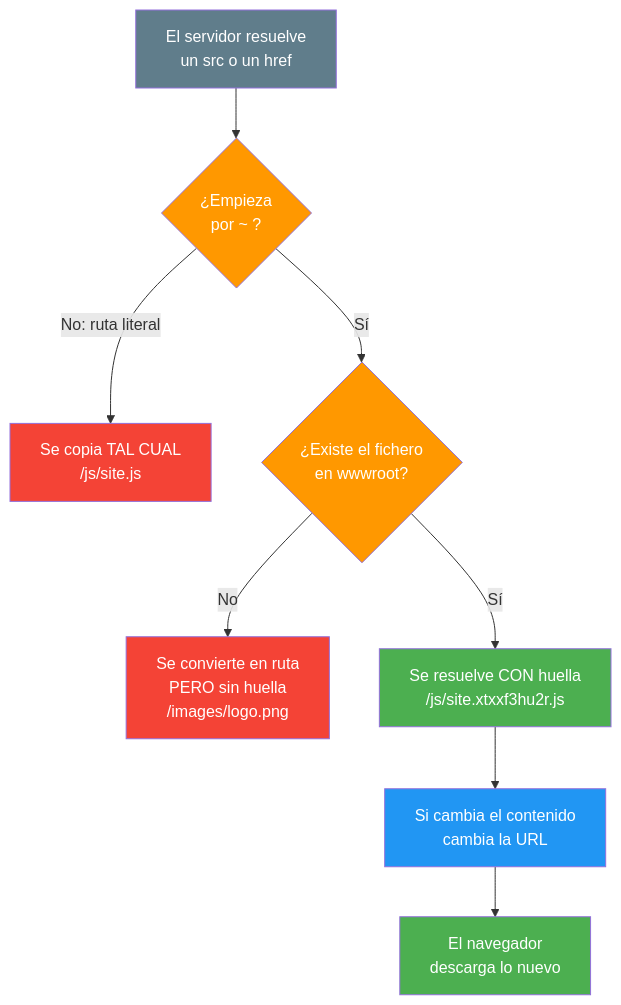
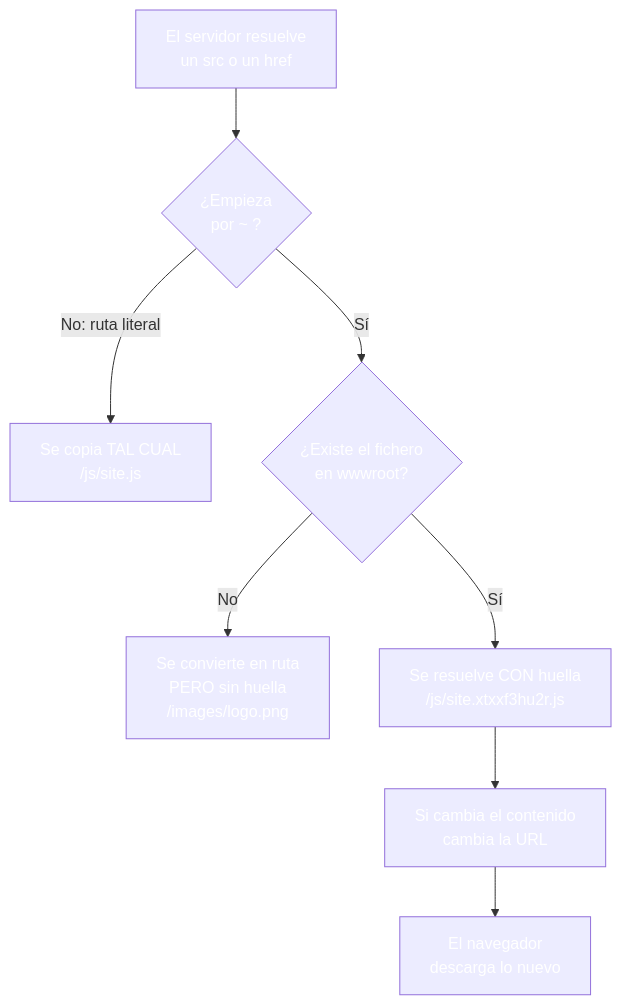
Before and after one commit to joseluisgs/DesarrolloWebEntornosServidor-03-2026-2027: the third of 5 diagrams in 06-taghelpers.md, drawn with Mermaid. The commit also changed other lines of this file and 30 other files, not shown here.

````diff
--- a/06-taghelpers.md
+++ b/06-taghelpers.md
@@ -209,19 +209,19 @@
 ```mermaid
 graph TD
     A["El servidor resuelve<br/>un src o un href"] --> B{"¿Empieza<br/>por ~ ?"}
     B -->|"No: ruta literal"| C["Se copia TAL CUAL<br/>/js/site.js"]
     B -->|"Sí"| D{"¿Existe el fichero<br/>en wwwroot?"}
     D -->|"No"| E["Se convierte en ruta<br/>PERO sin huella<br/>/images/logo.png"]
     D -->|"Sí"| F["Se resuelve CON huella<br/>/js/site.xtxxf3hu2r.js"]
     F --> G["Si cambia el contenido<br/>cambia la URL"]
     G --> H["El navegador<br/>descarga lo nuevo"]
 
-    style A fill:#607D8B,color:#fff
-    style B fill:#FF9800,color:#fff
-    style C fill:#f44336,color:#fff
-    style D fill:#FF9800,color:#fff
-    style E fill:#f44336,color:#fff
-    style F fill:#4CAF50,color:#fff
-    style G fill:#2196F3,color:#fff
-    style H fill:#4CAF50,color:#fff
+    style A fill:#607D8,color:#fffB,color:#fff
+    style B fill:#FF980,color:#fff0,color:#fff
+    style C fill:#f4433,color:#fff6,color:#fff
+    style D fill:#FF980,color:#fff0,color:#fff
+    style E fill:#f4433,color:#fff6,color:#fff
+    style F fill:#4CAF5,color:#fff0,color:#fff
+    style G fill:#2196F,color:#fff3,color:#fff
+    style H fill:#4CAF5,color:#fff0,color:#fff
 ```
````
